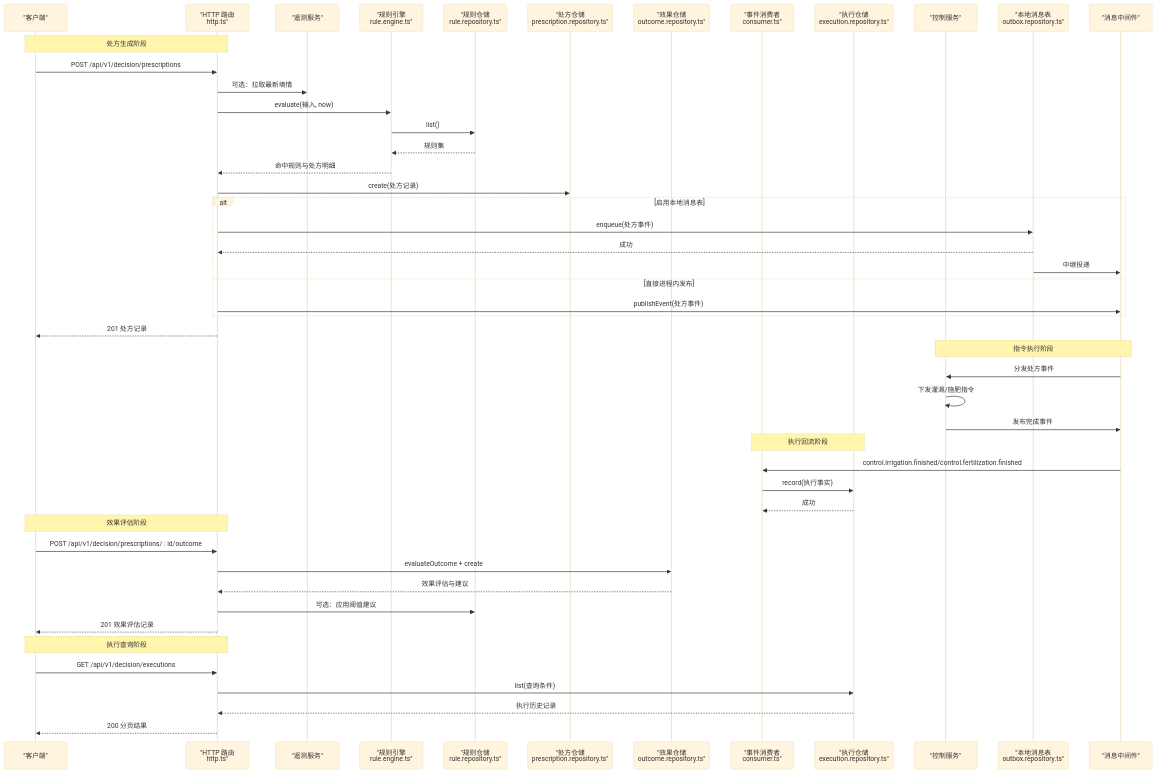
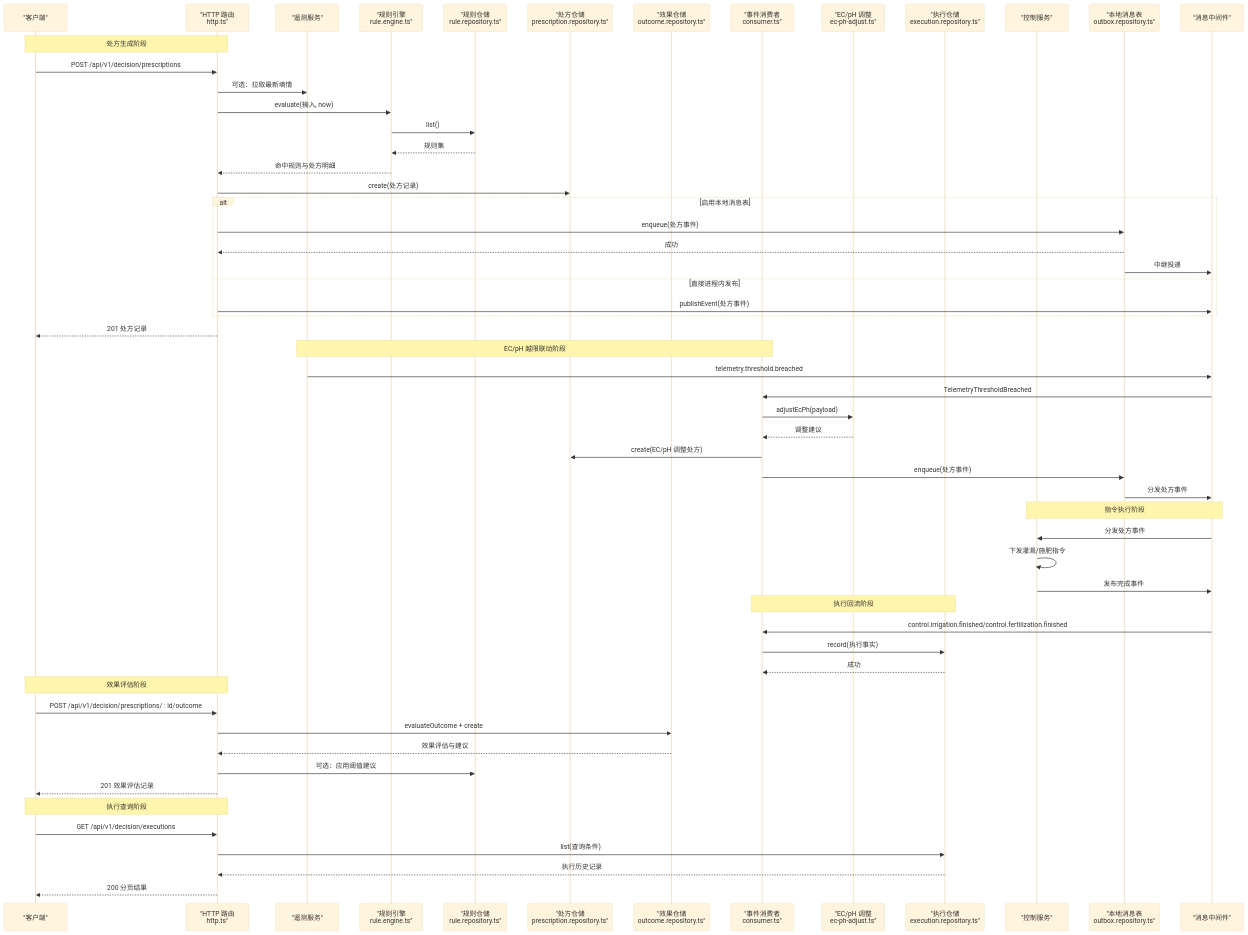
One commit to q446328246/agri-platform changed the second of 15 diagrams in .qoder/repowiki/zh/content/核心服务文档/智能决策服务/智能决策服务.md. Above: the diagram before and after it, drawn with Mermaid (base theme). The commit also changed other lines of this file and 46 other files, not shown here.

````diff
--- a/.qoder/repowiki/zh/content/核心服务文档/智能决策服务/智能决策服务.md
+++ b/.qoder/repowiki/zh/content/核心服务文档/智能决策服务/智能决策服务.md
@@ -139,50 +150,59 @@
 ```mermaid
 sequenceDiagram
 participant Client as "客户端"
 participant HTTP as "HTTP 路由<br/>http.ts"
 participant Telemetry as "遥测服务"
 participant Engine as "规则引擎<br/>rule.engine.ts"
 participant RuleRepo as "规则仓储<br/>rule.repository.ts"
 participant PrescRepo as "处方仓储<br/>prescription.repository.ts"
 participant OutcomeRepo as "效果仓储<br/>outcome.repository.ts"
 participant Consumer as "事件消费者<br/>consumer.ts"
+participant ECPhAdjust as "EC/pH 调整<br/>ec-ph-adjust.ts"
 participant ExecRepo as "执行仓储<br/>execution.repository.ts"
 participant Control as "控制服务"
 participant Outbox as "本地消息表<br/>outbox.repository.ts"
 participant MQ as "消息中间件"
 Note over Client,HTTP : 处方生成阶段
 Client->>HTTP : POST /api/v1/decision/prescriptions
 HTTP->>Telemetry : 可选：拉取最新墒情
 HTTP->>Engine : evaluate(输入, now)
 Engine->>RuleRepo : list()
 RuleRepo-->>Engine : 规则集
 Engine-->>HTTP : 命中规则与处方明细
 HTTP->>PrescRepo : create(处方记录)
 alt 启用本地消息表
 HTTP->>Outbox : enqueue(处方事件)
 Outbox-->>HTTP : 成功
 Outbox->>MQ : 中继投递
 else 直接进程内发布
 HTTP->>MQ : publishEvent(处方事件)
 end
 HTTP-->>Client : 201 处方记录
+Note over Telemetry,Consumer : EC/pH 越限联动阶段
+Telemetry->>MQ : telemetry.threshold.breached
+MQ->>Consumer : TelemetryThresholdBreached
+Consumer->>ECPhAdjust : adjustEcPh(payload)
+ECPhAdjust-->>Consumer : 调整建议
+Consumer->>PrescRepo : create(EC/pH 调整处方)
+Consumer->>Outbox : enqueue(处方事件)
+Outbox->>MQ : 分发处方事件
 Note over Control,MQ : 指令执行阶段
 MQ->>Control : 分发处方事件
 Control->>Control : 下发灌溉/施肥指令
 Control->>MQ : 发布完成事件
 Note over Consumer,ExecRepo : 执行回流阶段
 MQ->>Consumer : control.irrigation.finished/control.fertilization.finished
 Consumer->>ExecRepo : record(执行事实)
 ExecRepo-->>Consumer : 成功
 Note over Client,HTTP : 效果评估阶段
 Client->>HTTP : POST /api/v1/decision/prescriptions/ : id/outcome
 HTTP->>OutcomeRepo : evaluateOutcome + create
 OutcomeRepo-->>HTTP : 效果评估与建议
 HTTP->>RuleRepo : 可选：应用阈值建议
 HTTP-->>Client : 201 效果评估记录
 Note over Client,HTTP : 执行查询阶段
 Client->>HTTP : GET /api/v1/decision/executions
 HTTP->>ExecRepo : list(查询条件)
 ExecRepo-->>HTTP : 执行历史记录
 HTTP-->>Client : 200 分页结果
 ```
````
